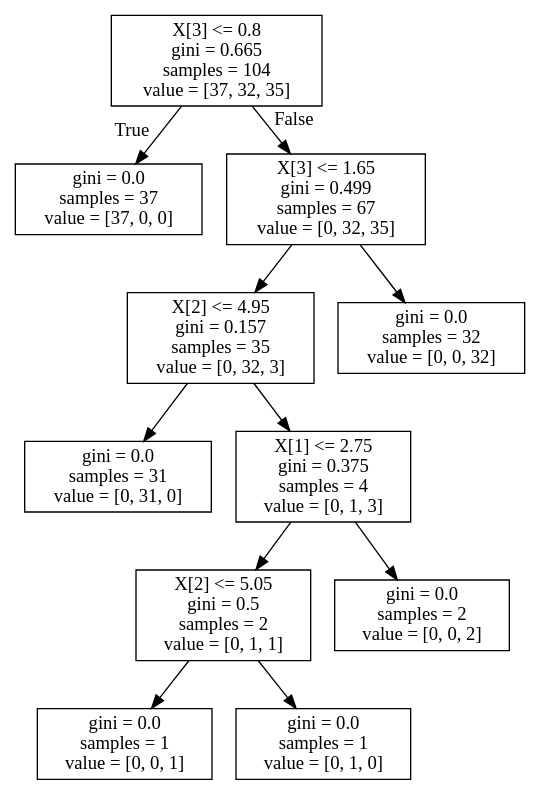
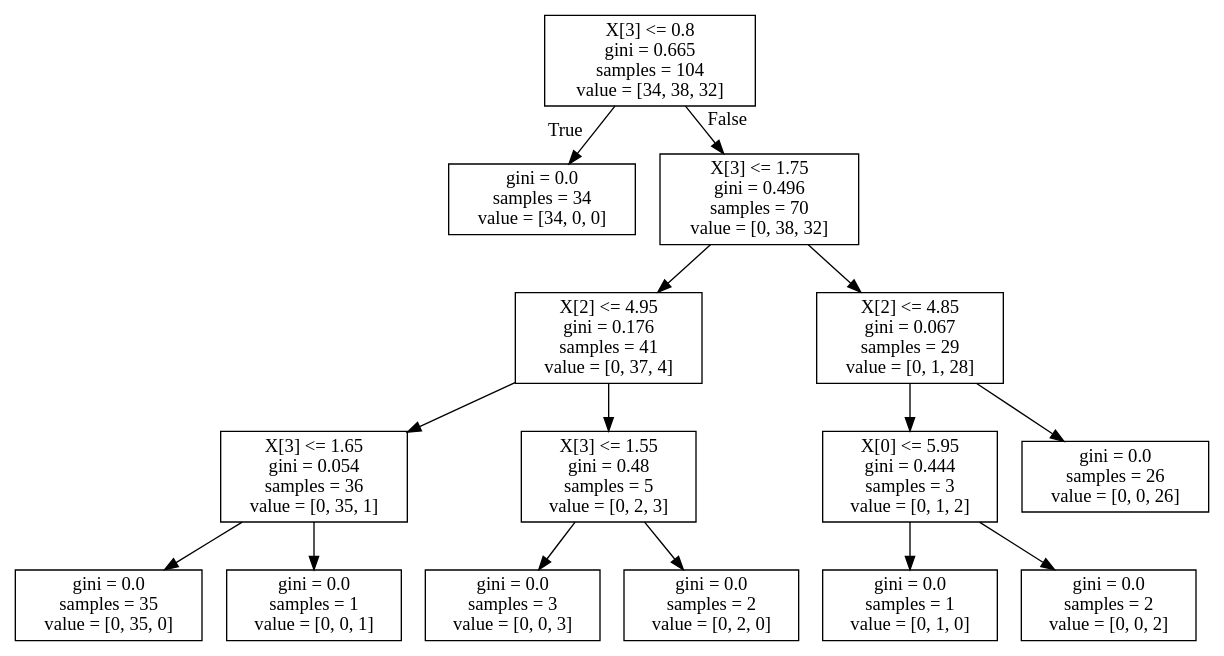
The diagram in model_analysis/tree.dot (ajaniv/ml-tutorial-classification), drawn with Graphviz before and after one commit. The commit also changed 13 other files, not shown here.

```diff
--- a/model_analysis/tree.dot
+++ b/model_analysis/tree.dot
@@ -1,24 +1,32 @@
 digraph Tree {
 node [shape=box] ;
-0 [label="X[3] <= 0.8\ngini = 0.665\nsamples = 104\nvalue = [37, 32, 35]"] ;
-1 [label="gini = 0.0\nsamples = 37\nvalue = [37, 0, 0]"] ;
+0 [label="X[3] <= 0.8\ngini = 0.665\nsamples = 104\nvalue = [34, 38, 32]"] ;
+1 [label="gini = 0.0\nsamples = 34\nvalue = [34, 0, 0]"] ;
 0 -> 1 [labeldistance=2.5, labelangle=45, headlabel="True"] ;
-2 [label="X[3] <= 1.65\ngini = 0.499\nsamples = 67\nvalue = [0, 32, 35]"] ;
+2 [label="X[3] <= 1.75\ngini = 0.496\nsamples = 70\nvalue = [0, 38, 32]"] ;
 0 -> 2 [labeldistance=2.5, labelangle=-45, headlabel="False"] ;
-3 [label="X[2] <= 4.95\ngini = 0.157\nsamples = 35\nvalue = [0, 32, 3]"] ;
+3 [label="X[2] <= 4.95\ngini = 0.176\nsamples = 41\nvalue = [0, 37, 4]"] ;
 2 -> 3 ;
-4 [label="gini = 0.0\nsamples = 31\nvalue = [0, 31, 0]"] ;
+4 [label="X[3] <= 1.65\ngini = 0.054\nsamples = 36\nvalue = [0, 35, 1]"] ;
 3 -> 4 ;
-5 [label="X[1] <= 2.75\ngini = 0.375\nsamples = 4\nvalue = [0, 1, 3]"] ;
-3 -> 5 ;
-6 [label="X[2] <= 5.05\ngini = 0.5\nsamples = 2\nvalue = [0, 1, 1]"] ;
-5 -> 6 ;
-7 [label="gini = 0.0\nsamples = 1\nvalue = [0, 0, 1]"] ;
-6 -> 7 ;
-8 [label="gini = 0.0\nsamples = 1\nvalue = [0, 1, 0]"] ;
-6 -> 8 ;
-9 [label="gini = 0.0\nsamples = 2\nvalue = [0, 0, 2]"] ;
-5 -> 9 ;
-10 [label="gini = 0.0\nsamples = 32\nvalue = [0, 0, 32]"] ;
+5 [label="gini = 0.0\nsamples = 35\nvalue = [0, 35, 0]"] ;
+4 -> 5 ;
+6 [label="gini = 0.0\nsamples = 1\nvalue = [0, 0, 1]"] ;
+4 -> 6 ;
+7 [label="X[3] <= 1.55\ngini = 0.48\nsamples = 5\nvalue = [0, 2, 3]"] ;
+3 -> 7 ;
+8 [label="gini = 0.0\nsamples = 3\nvalue = [0, 0, 3]"] ;
+7 -> 8 ;
+9 [label="gini = 0.0\nsamples = 2\nvalue = [0, 2, 0]"] ;
+7 -> 9 ;
+10 [label="X[2] <= 4.85\ngini = 0.067\nsamples = 29\nvalue = [0, 1, 28]"] ;
 2 -> 10 ;
+11 [label="X[0] <= 5.95\ngini = 0.444\nsamples = 3\nvalue = [0, 1, 2]"] ;
+10 -> 11 ;
+12 [label="gini = 0.0\nsamples = 1\nvalue = [0, 1, 0]"] ;
+11 -> 12 ;
+13 [label="gini = 0.0\nsamples = 2\nvalue = [0, 0, 2]"] ;
+11 -> 13 ;
+14 [label="gini = 0.0\nsamples = 26\nvalue = [0, 0, 26]"] ;
+10 -> 14 ;
 }
```
